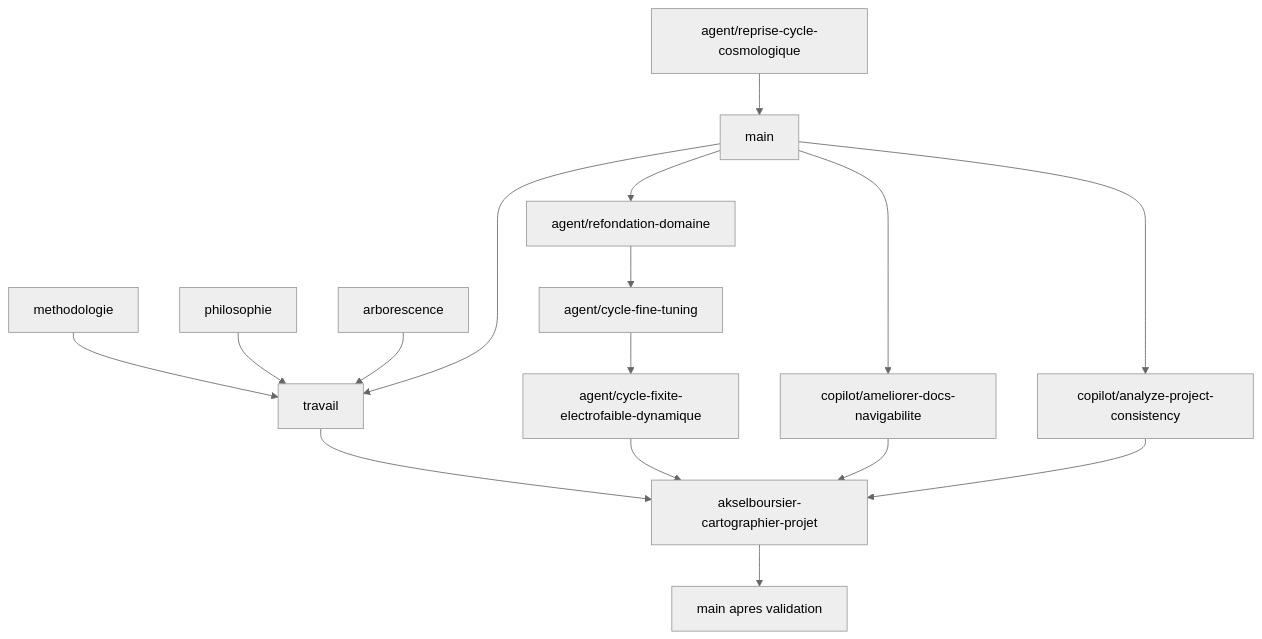
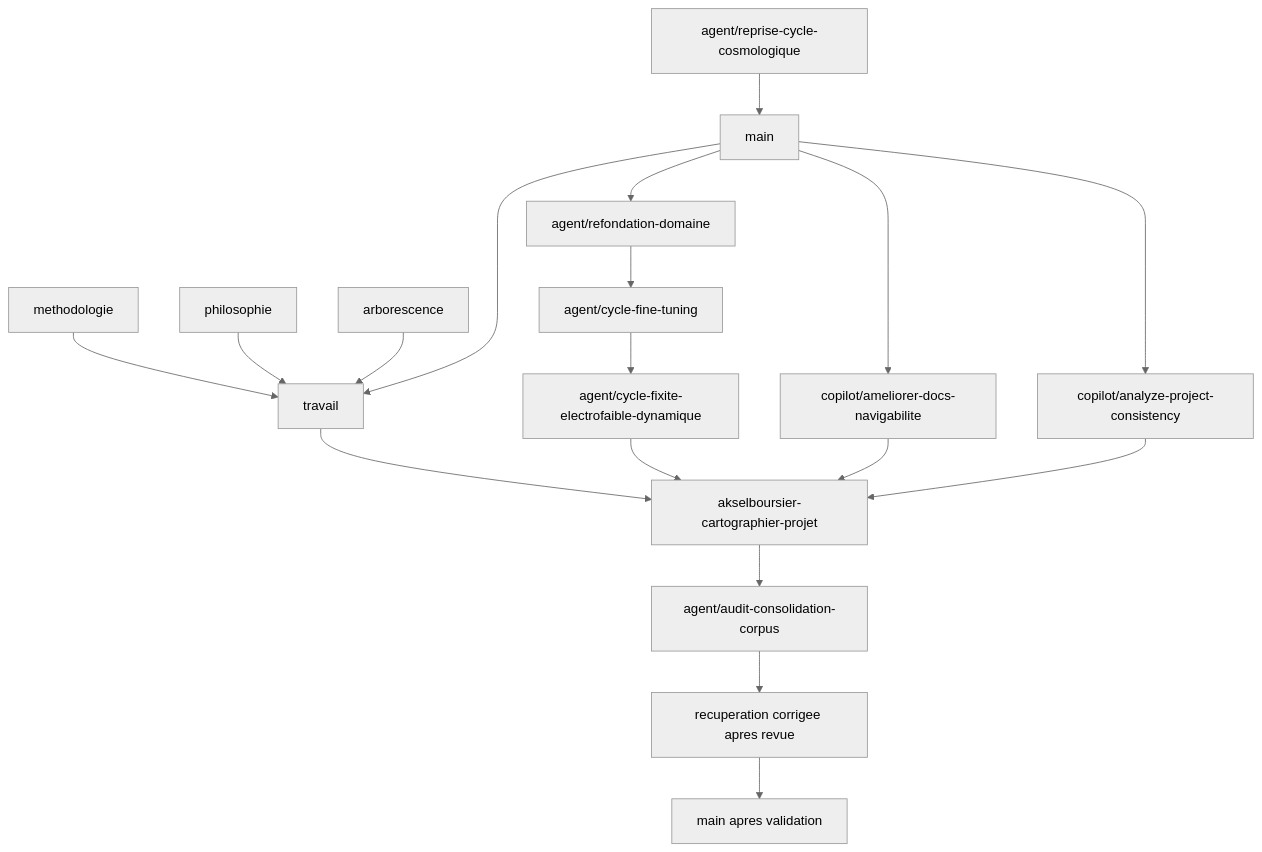
Before and after one commit to AkselBoursier/constantes_effectives_stabilisees: the diagram in 01_CADRE_METHODOLOGIQUE/Registre_branches_corpus_v0_1.md, drawn with Mermaid (neutral theme). The commit also changed other lines of this file, not shown here.

Commit message:
Enregistrer la branche de correction bornee

````diff
--- a/01_CADRE_METHODOLOGIQUE/Registre_branches_corpus_v0_1.md
+++ b/01_CADRE_METHODOLOGIQUE/Registre_branches_corpus_v0_1.md
@@ -30,18 +32,20 @@
 ```mermaid
 flowchart TD
     reprise["agent/reprise-cycle-cosmologique"] --> main["main"]
     methodologie["methodologie"] --> travail["travail"]
     philosophie["philosophie"] --> travail
     arborescence["arborescence"] --> travail
     main --> travail
     main --> refondation["agent/refondation-domaine"]
     refondation --> fineTuning["agent/cycle-fine-tuning"]
     fineTuning --> fixite["agent/cycle-fixite-electrofaible-dynamique"]
     main --> navigation["copilot/ameliorer-docs-navigabilite"]
     main --> coherence["copilot/analyze-project-consistency"]
     travail --> recuperation["akselboursier-cartographier-projet"]
     fixite --> recuperation
     navigation --> recuperation
     coherence --> recuperation
-    recuperation --> mainCible["main apres validation"]
+    recuperation --> correction["agent/audit-consolidation-corpus"]
+    correction --> recuperationCorrigee["recuperation corrigee apres revue"]
+    recuperationCorrigee --> mainCible["main apres validation"]
 ```
````
